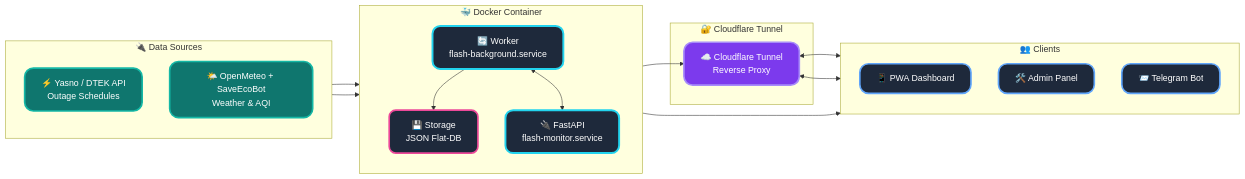
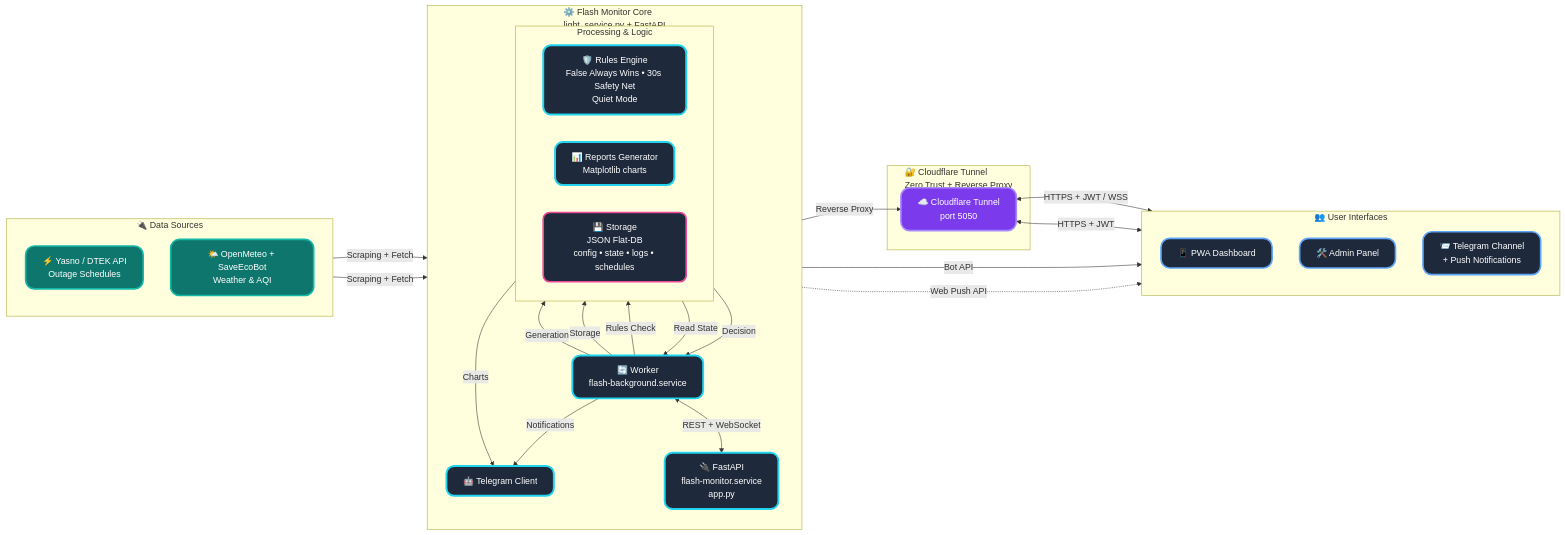
One commit to weby-homelab/flash-monitor-kyiv changed the diagram in README_ENG.md. Above: the diagram before and after it, drawn with Mermaid. The commit also changed other lines of this file and 1 other file, not shown here.

Commit message:
docs: exhaustive Docker installation guide and corrected documentation links in main READMEs

````diff
--- a/README_ENG.md
+++ b/README_ENG.md
@@ -65,39 +67,78 @@
 ```mermaid
 flowchart LR
+    %% ================================================
+    %% NEW CONCEPT 2026 for README.md
+    %% "End-to-End Pipeline" — dynamic data flow
+    %% Horizontal pipeline with clear direction
+    %% Clean, modern, easy to read in GitHub (dark/light themes)
+    %% ================================================
+
     classDef external fill:#0f766e,stroke:#14b8a6,stroke-width:3px,color:#fff,rx:16px,ry:16px
     classDef core fill:#1e293b,stroke:#22d3ee,stroke-width:3.5px,color:#fff,rx:14px,ry:14px
     classDef gateway fill:#7c3aed,stroke:#a78bfa,stroke-width:3px,color:#fff,rx:16px,ry:16px
     classDef client fill:#1e293b,stroke:#60a5fa,stroke-width:3px,color:#fff,rx:16px,ry:16px
     classDef db fill:#1e293b,stroke:#ec4899,stroke-width:3px,color:#fff,rx:12px,ry:12px
 
+    %% ====================== LEFT SIDE: DATA SOURCES ======================
     subgraph External ["🔌 Data Sources"]
         direction TB
         Energy["⚡ Yasno / DTEK API<br>Outage Schedules"]:::external
         Meteo["🌤️ OpenMeteo + SaveEcoBot<br>Weather & AQI"]:::external
     end
 
-    subgraph Docker ["🐳 Docker Container"]
+    %% ====================== CENTER: CORE PIPELINE ======================
+    subgraph Core ["⚙️ Flash Monitor Core<br>light_service.py + FastAPI"]
         direction TB
+
         Worker["🔄 Worker<br>flash-background.service"]:::core
-        API["🔌 FastAPI<br>flash-monitor.service"]:::core
-        Storage["💾 Storage<br>JSON Flat-DB"]:::db
+
+        subgraph Processing ["Processing & Logic"]
+            direction LR
+            Rules["🛡️ Rules Engine<br>False Always Wins • 30s Safety Net<br>Quiet Mode"]:::core
+            Reports["📊 Reports Generator<br>Matplotlib charts"]:::core
+            Storage["💾 Storage<br>JSON Flat-DB<br>config • state • logs • schedules"]:::db
+        end
+
+        API["🔌 FastAPI<br>flash-monitor.service<br>app.py"]:::core
+        TgClient["🤖 Telegram Client"]:::core
     end
 
-    subgraph Gateway ["🔐 Cloudflare Tunnel"]
-        CF["☁️ Cloudflare Tunnel<br>Reverse Proxy"]:::gateway
+    %% ====================== GATEWAY ======================
+    subgraph Gateway ["🔐 Cloudflare Tunnel<br>Zero Trust + Reverse Proxy"]
+        CF["☁️ Cloudflare Tunnel<br>port 5050"]:::gateway
     end
 
-    subgraph Clients ["👥 Clients"]
+    %% ====================== RIGHT SIDE: CLIENTS ======================
+    subgraph Clients ["👥 User Interfaces"]
         direction TB
         PWA["📱 PWA Dashboard"]:::client
         Admin["🛠️ Admin Panel"]:::client
-        Telegram["📨 Telegram Bot"]:::client
+        Telegram["📨 Telegram Channel<br>+ Push Notifications"]:::client
     end
 
-    Energy & Meteo --> Worker
-    Worker --> Storage
-    Worker <--> API
-    API --> CF
-    CF <--> PWA & Admin
-    Worker --> Telegram
+    %% ====================== DATA FLOW (Main Trunk) ======================
+    Energy & Meteo -->|Scraping + Fetch| Worker
+
+    Worker -->|Rules Check| Rules
+    Rules -->|Decision| Worker
+
+    Worker -->|Storage| Storage
+    Storage -->|Read State| Worker
+
+    Worker -->|Generation| Reports
+    Worker -->|Notifications| TgClient
+    Reports -->|Charts| TgClient
+
+    Worker <-->|REST + WebSocket| API
+
+    API -->|Reverse Proxy| CF
+    CF <-->|HTTPS + JWT / WSS| PWA
+    CF <-->|HTTPS + JWT| Admin
+    TgClient -->|Bot API| Telegram
+
+    %% Additional push notifications
+    API -.->|Web Push API| PWA
+
+    %% ====================== Subgraph Title Style ======================
+    classDef subgraphTitle fill:#0f172a,stroke:none,color:#64748b,font-size:15px
 ```
````
